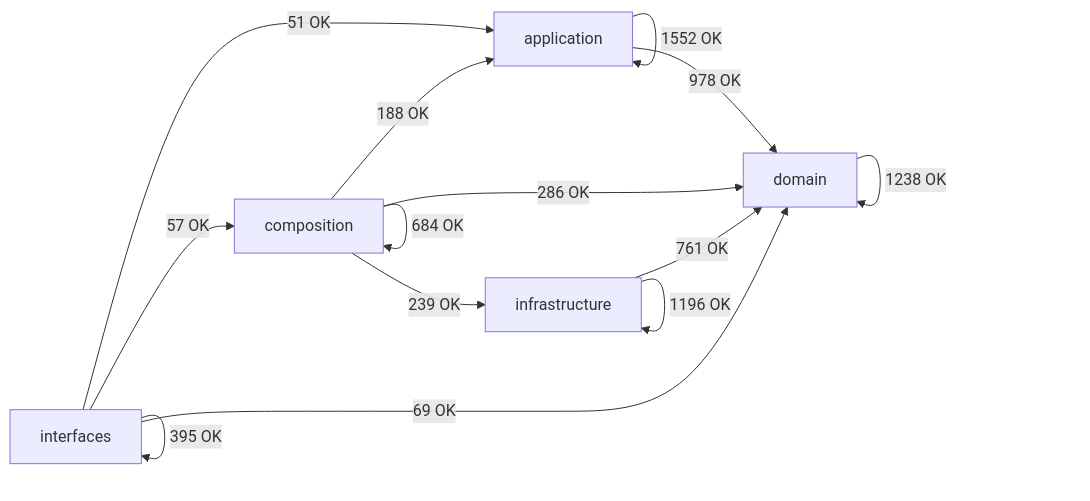
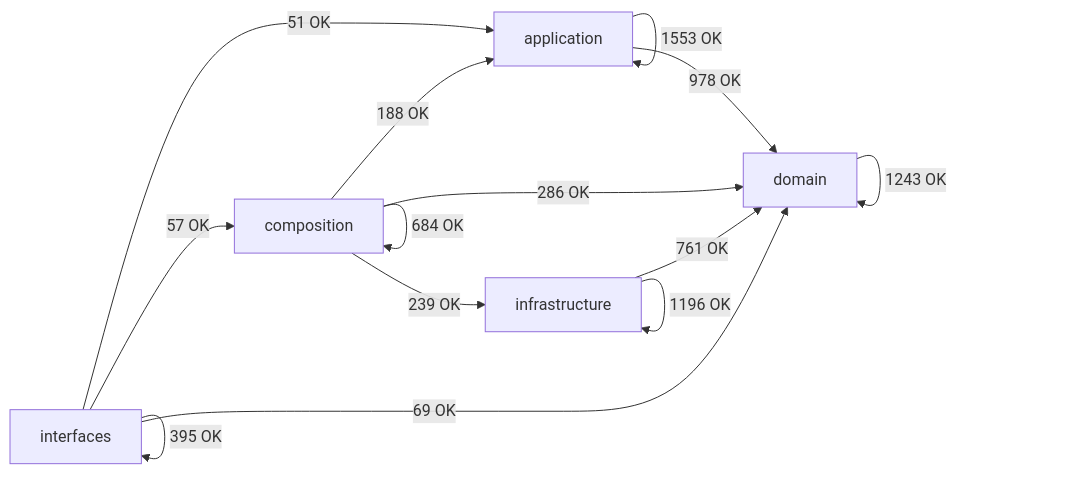
The diagram in docs/02-architecture/generated/module-dependency-map.md (SatoryKono/BioactivityDataAcquisition), drawn with Mermaid before and after one commit. The commit also changed other lines of this file and 68 other files, not shown here.

````diff
--- a/docs/02-architecture/generated/module-dependency-map.md
+++ b/docs/02-architecture/generated/module-dependency-map.md
@@ -17,21 +17,21 @@
 ```mermaid
 flowchart LR
     domain[domain]
     application[application]
     infrastructure[infrastructure]
     composition[composition]
     interfaces[interfaces]
-    application -->|1552 OK| application
+    application -->|1553 OK| application
     application -->|978 OK| domain
     composition -->|188 OK| application
     composition -->|684 OK| composition
     composition -->|286 OK| domain
     composition -->|239 OK| infrastructure
-    domain -->|1238 OK| domain
+    domain -->|1243 OK| domain
     infrastructure -->|761 OK| domain
     infrastructure -->|1196 OK| infrastructure
     interfaces -->|51 OK| application
     interfaces -->|57 OK| composition
     interfaces -->|69 OK| domain
     interfaces -->|395 OK| interfaces
 ```
````
